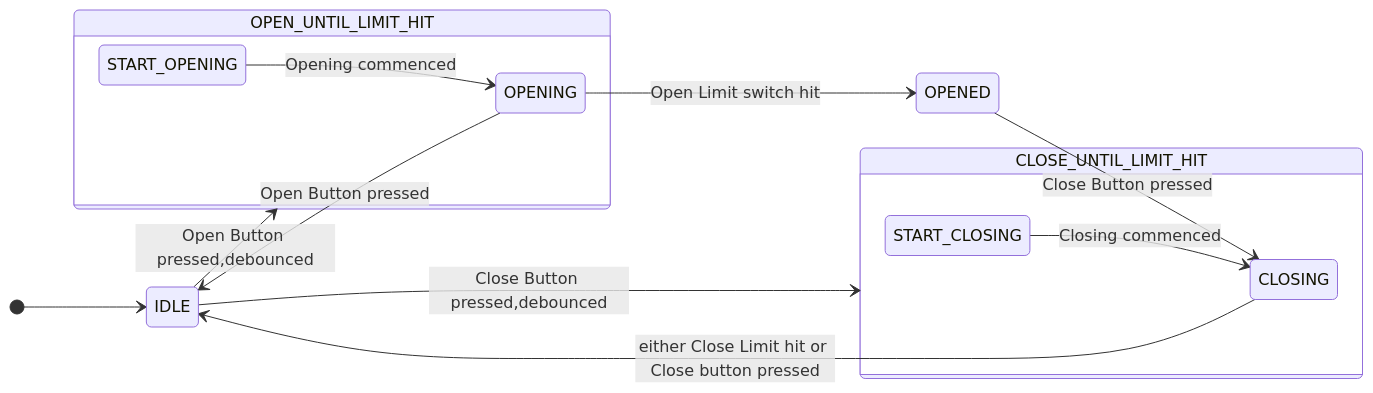
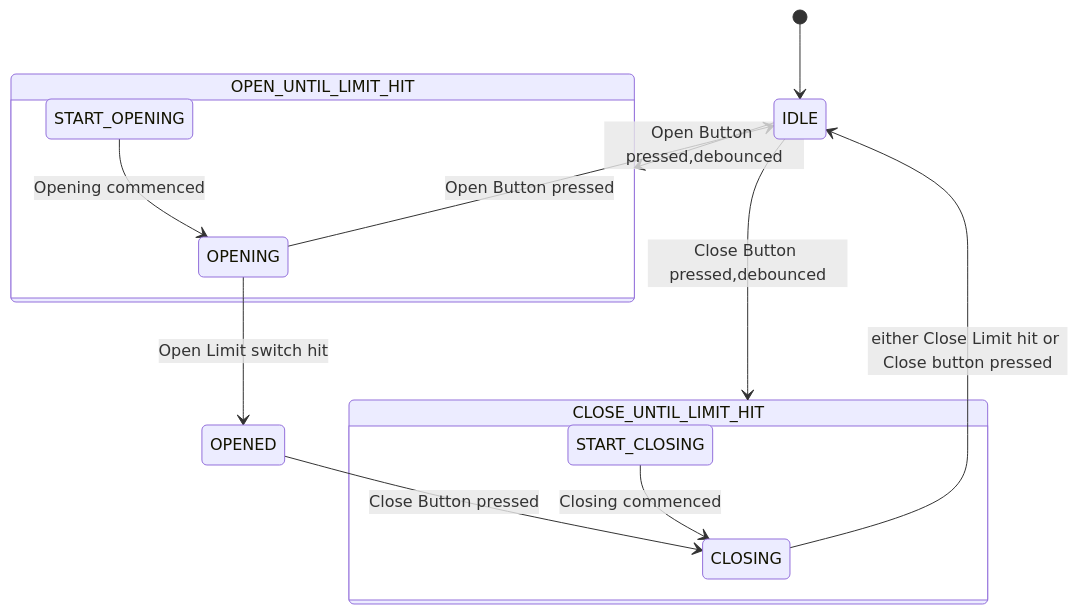
One commit to microcontrollersig/workshop changed the diagram in john/README.md. Above: the diagram before and after it, drawn with Mermaid.

````diff
--- a/john/README.md
+++ b/john/README.md
@@ -6,19 +6,19 @@
 ```mermaid
 stateDiagram
-    direction LR
+    direction TB
     [*] --> IDLE
     IDLE --> OPEN_UNTIL_LIMIT_HIT: Open Button pressed,debounced
     IDLE --> CLOSE_UNTIL_LIMIT_HIT: Close Button pressed,debounced
     OPENING --> IDLE: Open Button pressed
     CLOSING --> IDLE: either Close Limit hit or Close button pressed
     OPENING --> OPENED : Open Limit switch hit
     OPENED --> CLOSING: Close Button pressed
     state OPEN_UNTIL_LIMIT_HIT {
-      direction LR
+      direction TB
       START_OPENING --> OPENING: Opening commenced
     }
     state CLOSE_UNTIL_LIMIT_HIT {
-      direction LR
+      direction TB
       START_CLOSING --> CLOSING: Closing commenced
     }    
 ```
````
